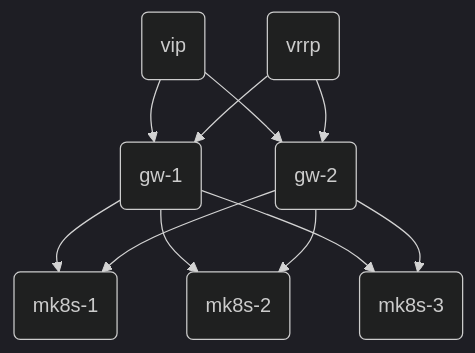
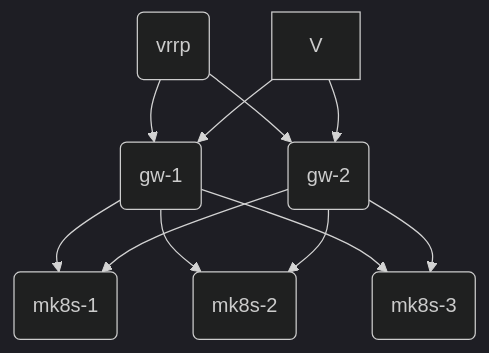
The diagram in README.md (PrimeEuler/microcloud), drawn with Mermaid before and after one commit.

````diff
--- a/README.md
+++ b/README.md
@@ -5,14 +5,13 @@
 ```mermaid
 %%{init: {'theme':'dark'}}%%
 graph TD;
-    A(vip);
+    A(vrrp);
     B(gw-1);
     C(gw-2);
     D(mk8s-1);
     E(mk8s-2);
     F(mk8s-3);
-    V(vrrp);
     A-->B & C;
     B & C-->D & E & F;
     V-->B & C;
 ```
````
